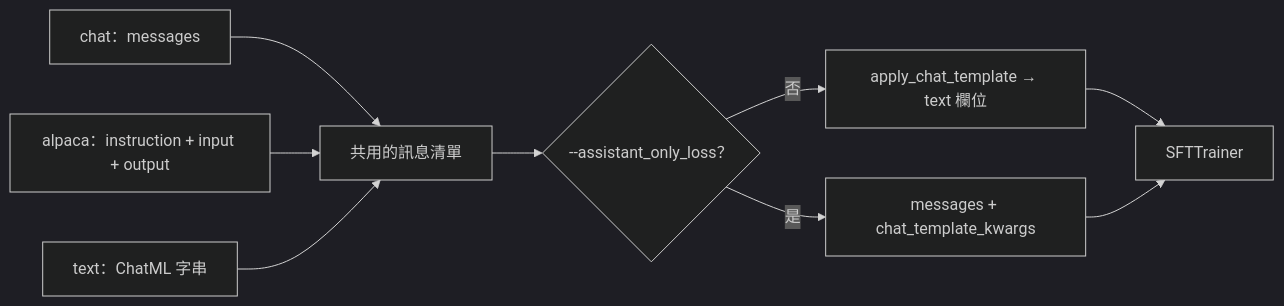
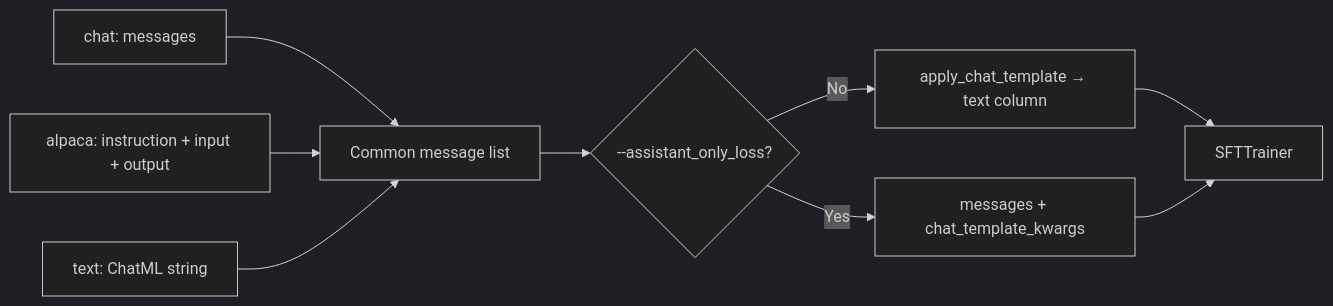
One commit to cw1997/fine-tuning-playground changed diagram 13 of 13 in README.zh-Hant.md. Above: the diagram before and after it, drawn with Mermaid (dark theme). The commit also changed other lines of this file and 1 other file, not shown here.

````diff
--- a/README.zh-Hant.md
+++ b/README.zh-Hant.md
@@ -960,11 +1135,11 @@
 ```mermaid
 flowchart LR
-    A["chat：messages"] --> D["共用的訊息清單"]
-    B["alpaca：instruction + input + output"] --> D
-    C["text：ChatML 字串"] --> D
-    D --> E{"--assistant_only_loss？"}
-    E -- "否" --> F["apply_chat_template → text 欄位"]
-    E -- "是" --> G["messages + chat_template_kwargs"]
+    A["chat: messages"] --> D["Common message list"]
+    B["alpaca: instruction + input + output"] --> D
+    C["text: ChatML string"] --> D
+    D --> E{"--assistant_only_loss?"}
+    E -- "No" --> F["apply_chat_template → text column"]
+    E -- "Yes" --> G["messages + chat_template_kwargs"]
     F --> H["SFTTrainer"]
     G --> H
 ```
````
